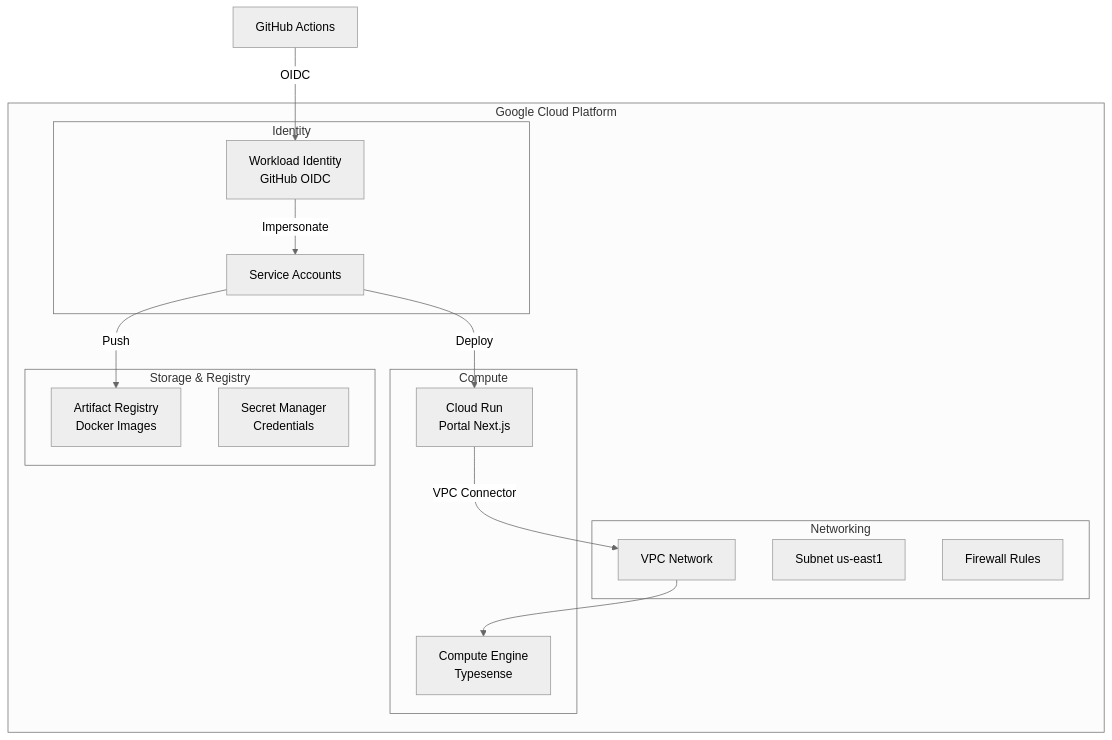
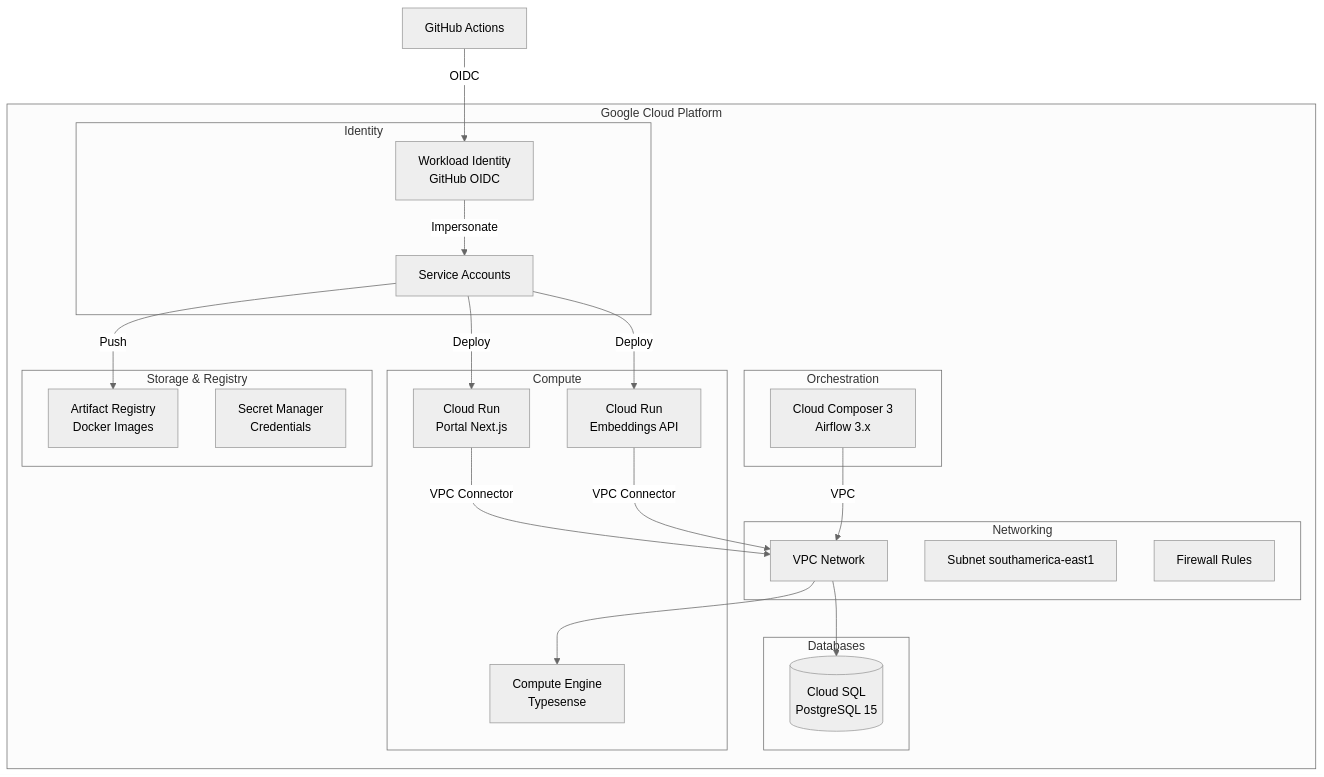
One commit to destaquesgovbr/docs changed the first of 3 diagrams in docs/infraestrutura/arquitetura-gcp.md. Above: the diagram before and after it, drawn with Mermaid (neutral theme). The commit also changed other lines of this file and 5 other files, not shown here.

````diff
--- a/docs/infraestrutura/arquitetura-gcp.md
+++ b/docs/infraestrutura/arquitetura-gcp.md
@@ -11,33 +11,46 @@
 ```mermaid
 flowchart TB
     subgraph "Google Cloud Platform"
         subgraph "Networking"
             VPC[VPC Network]
-            SUB[Subnet us-east1]
+            SUB[Subnet southamerica-east1]
             FW[Firewall Rules]
+        end
+
+        subgraph "Databases"
+            PG[(Cloud SQL<br/>PostgreSQL 15)]
         end
 
         subgraph "Compute"
             CR[Cloud Run<br/>Portal Next.js]
+            EMB[Cloud Run<br/>Embeddings API]
             CE[Compute Engine<br/>Typesense]
+        end
+
+        subgraph "Orchestration"
+            CC[Cloud Composer 3<br/>Airflow 3.x]
         end
 
         subgraph "Storage & Registry"
             AR[Artifact Registry<br/>Docker Images]
             SM[Secret Manager<br/>Credentials]
         end
 
         subgraph "Identity"
             SA[Service Accounts]
             WIF[Workload Identity<br/>GitHub OIDC]
         end
     end
 
     GH[GitHub Actions] -->|OIDC| WIF
     WIF -->|Impersonate| SA
     SA -->|Deploy| CR
+    SA -->|Deploy| EMB
     SA -->|Push| AR
 
     CR -->|VPC Connector| VPC
+    EMB -->|VPC Connector| VPC
+    CC -->|VPC| VPC
     VPC --> CE
+    VPC --> PG
 ```
````
